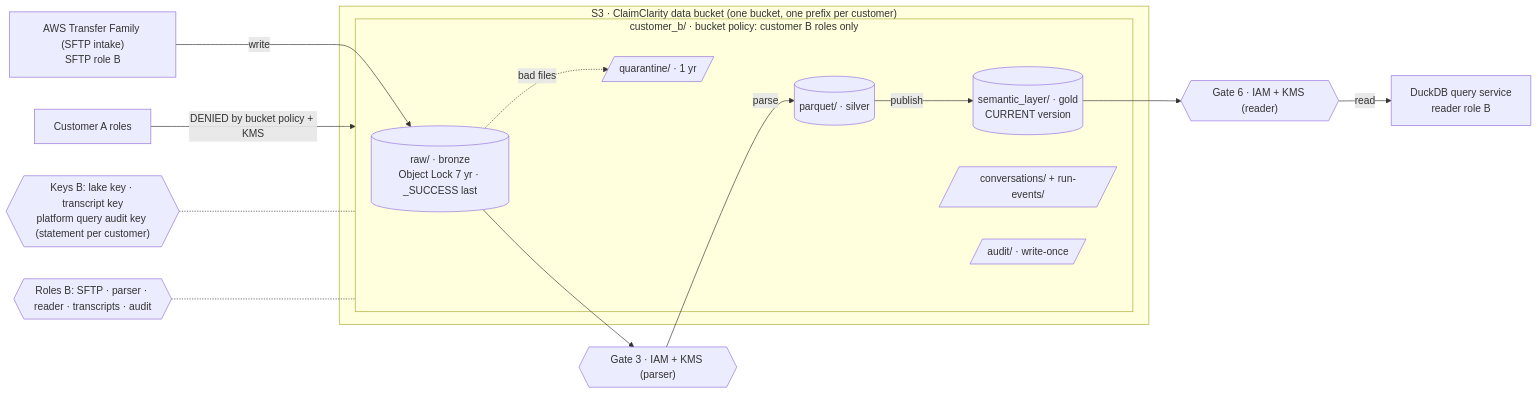
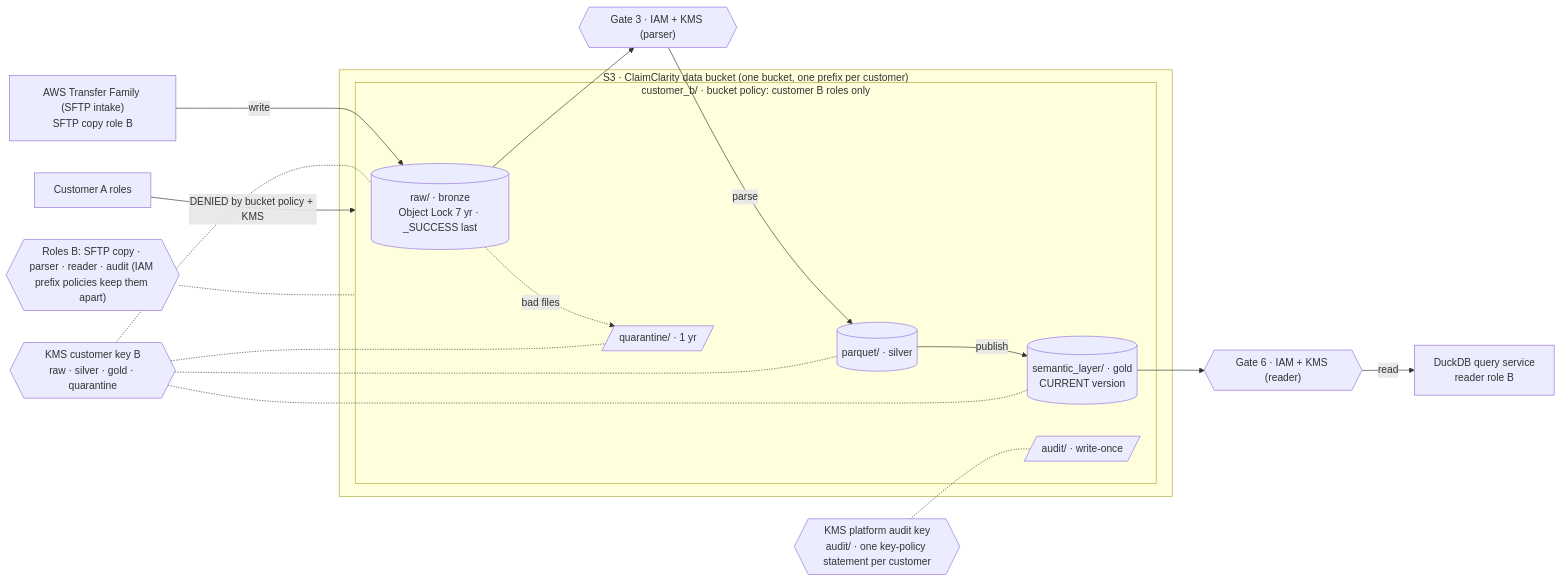
One commit to Peter-Shamoun/cc changed the diagram in docs/architecture/drilldowns/00-storage.mmd. Above: the diagram before and after it, drawn with Mermaid. The commit also changed 10 other files, not shown here.

First line of the commit message:
Architecture docs: drill-down redo in progress

```diff
--- a/docs/architecture/drilldowns/00-storage.mmd
+++ b/docs/architecture/drilldowns/00-storage.mmd
@@ -1,27 +1,32 @@
 %% 00 Storage & isolation. Source of truth for the drill-down. Gates are nodes on the edges they guard.
+%% Chat transcripts / conversation storage are out of scope (no conversations/, run-events/, transcript role or key).
 %% No landing or staging prefix: SFTP writes straight to raw/; the batch lease is a lock owned by the parser (see 01).
 flowchart LR
-  sftp["AWS Transfer Family (SFTP intake)<br/>SFTP role B"]
+  sftp["AWS Transfer Family (SFTP intake)<br/>SFTP copy role B"]
   custA["Customer A roles"]
   subgraph bucket["S3 · ClaimClarity data bucket (one bucket, one prefix per customer)"]
     subgraph prefB["customer_b/ · bucket policy: customer B roles only"]
       raw[("raw/ · bronze<br/>Object Lock 7 yr · _SUCCESS last")]
       silver[("parquet/ · silver")]
       gold[("semantic_layer/ · gold<br/>CURRENT version")]
       quarantine[/"quarantine/ · 1 yr"/]
-      chat[/"conversations/ + run-events/"/]
       audit[/"audit/ · write-once"/]
     end
   end
   qs["DuckDB query service<br/>reader role B"]
-  keys{{"Keys B: lake key · transcript key<br/>platform query audit key (statement per customer)"}}
-  roles{{"Roles B: SFTP · parser · reader · transcripts · audit"}}
+  keyB{{"KMS customer key B<br/>raw · silver · gold · quarantine"}}
+  keyAudit{{"KMS platform audit key<br/>audit/ · one key-policy statement per customer"}}
+  roles{{"Roles B: SFTP copy · parser · reader · audit (IAM prefix policies keep them apart)"}}
 
   sftp -->|write| raw
   raw --> g3{{"Gate 3 · IAM + KMS (parser)"}} -->|parse| silver
   silver -->|publish| gold
   raw -.->|bad files| quarantine
   gold --> g6{{"Gate 6 · IAM + KMS (reader)"}} -->|read| qs
   custA -->|DENIED by bucket policy + KMS| prefB
-  keys -.- prefB
+  keyB -.- raw
+  keyB -.- silver
+  keyB -.- gold
+  keyB -.- quarantine
+  keyAudit -.- audit
   roles -.- prefB
```
